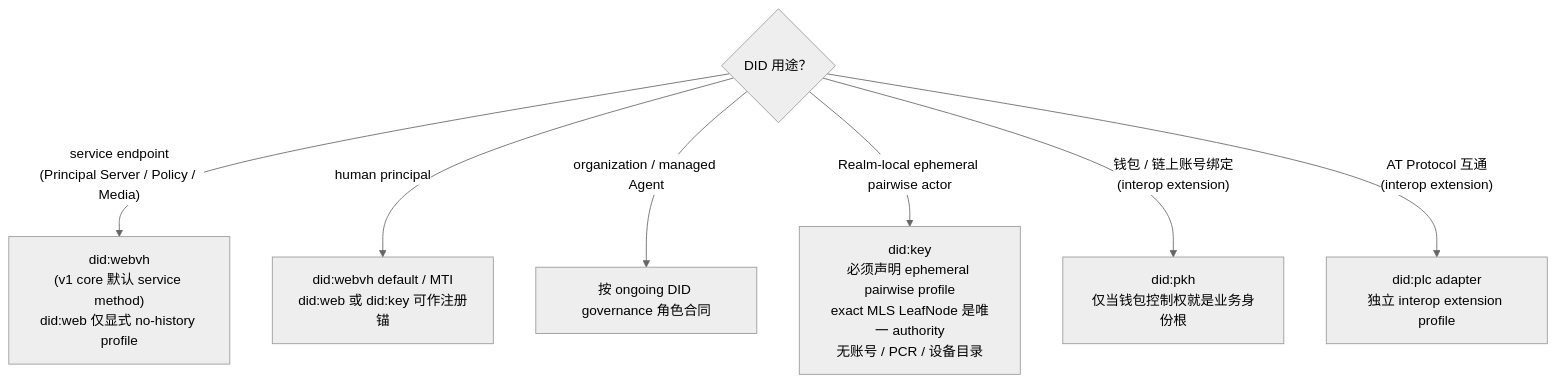
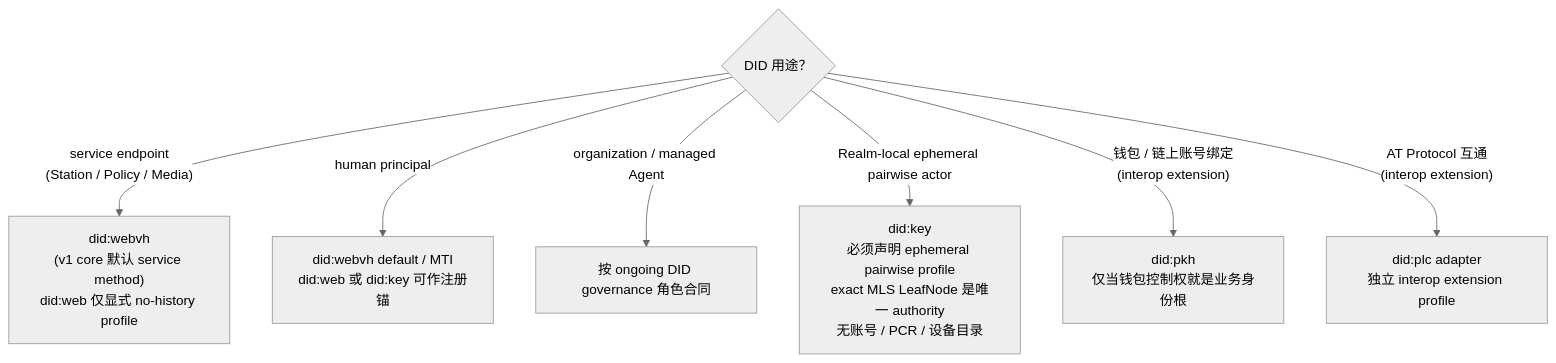
Before and after one commit to arkret-org/arkret-spec: the diagram in spec/v1/zh/identity/identity-did.md, drawn with Mermaid (neutral theme). The commit also changed other lines of this file and 201 other files, not shown here.

Commit message:
Migrate Principal Server role to Station

````diff
--- a/spec/v1/zh/identity/identity-did.md
+++ b/spec/v1/zh/identity/identity-did.md
@@ -159,17 +159,17 @@
 ```mermaid
 flowchart TB
     Q1{"DID 用途？"}
 
-    Q1 -- "service endpoint<br/>(Principal Server / Policy / Media)" --> SVC["did:webvh<br/>(v1 core 默认 service method)<br/>did:web 仅显式 no-history profile"]
+    Q1 -- "service endpoint<br/>(Station / Policy / Media)" --> SVC["did:webvh<br/>(v1 core 默认 service method)<br/>did:web 仅显式 no-history profile"]
 
     Q1 -- "human principal" --> PRINCIPAL["did:webvh default / MTI<br/>did:web 或 did:key 可作注册锚"]
 
     Q1 -- "organization / managed Agent" --> GOVERNED["按 ongoing DID governance 角色合同"]
 
     Q1 -- "Realm-local ephemeral pairwise actor" --> KEY["did:key<br/>必须声明 ephemeral pairwise profile<br/>exact MLS LeafNode 是唯一 authority<br/>无账号 / PCR / 设备目录"]
 
     Q1 -- "钱包 / 链上账号绑定<br/>(interop extension)" --> PKH["did:pkh<br/>仅当钱包控制权就是业务身份根"]
 
     Q1 -- "AT Protocol 互通<br/>(interop extension)" --> PLC["did:plc adapter<br/>独立 interop extension profile"]
 
 ```
````
